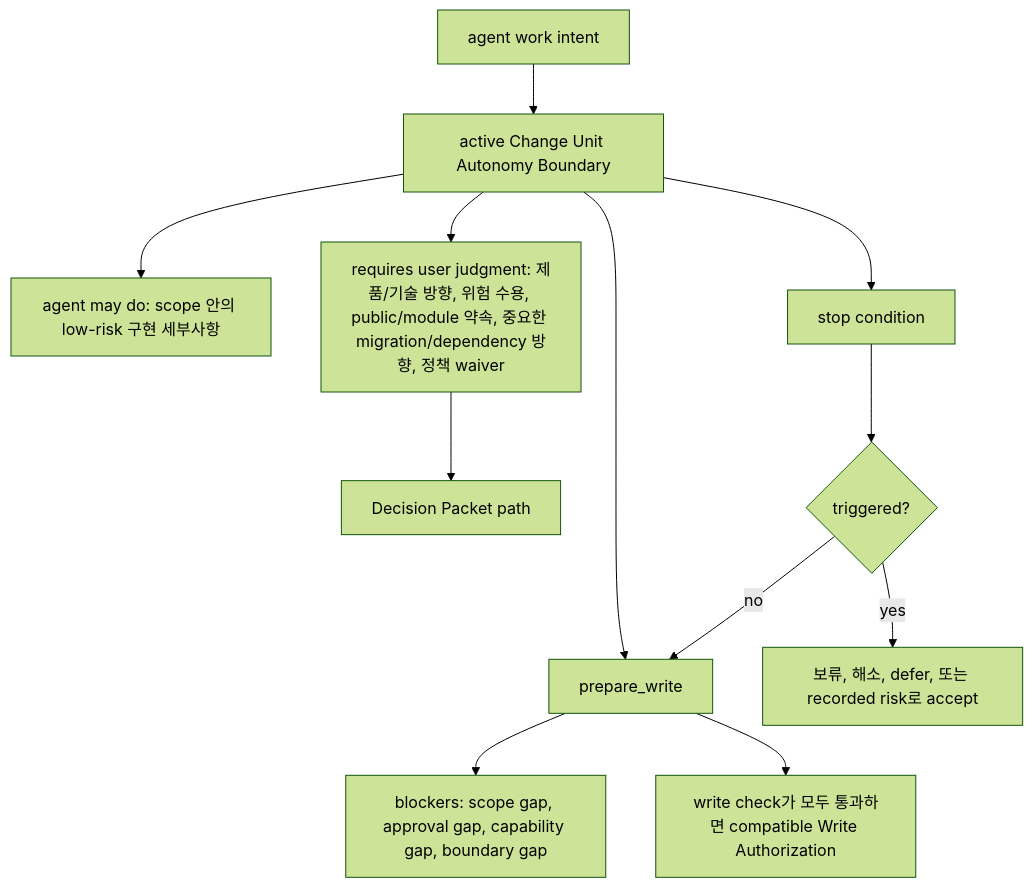
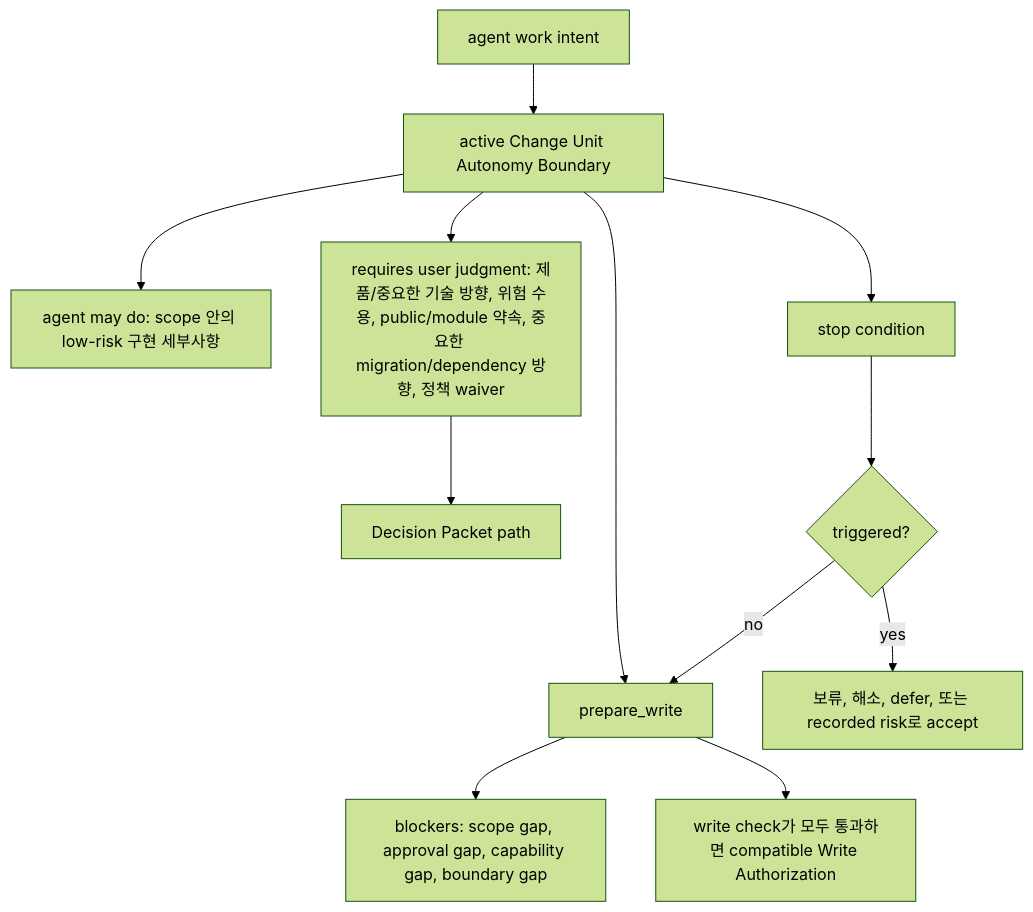
Before and after one commit to minjungw00/Harness_Project: the first of 2 diagrams in docs/ko/reference/design-quality-policies.md, drawn with Mermaid (forest theme). The commit also changed other lines of this file and 24 other files, not shown here.

````diff
--- a/docs/ko/reference/design-quality-policies.md
+++ b/docs/ko/reference/design-quality-policies.md
@@ -183,15 +183,15 @@
 ```mermaid
 flowchart TD
   Intent["agent work intent"] --> Boundary["active Change Unit Autonomy Boundary"]
   Boundary --> MayDo["agent may do: scope 안의 low-risk 구현 세부사항"]
-  Boundary --> UserJudgment["requires user judgment: 제품/기술 방향, 위험 수용, public/module 약속, 중요한 migration/dependency 방향, 정책 waiver"]
+  Boundary --> UserJudgment["requires user judgment: 제품/중요한 기술 방향, 위험 수용, public/module 약속, 중요한 migration/dependency 방향, 정책 waiver"]
   Boundary --> Stops["stop condition"]
   Boundary --> Prepare["prepare_write"]
 
   UserJudgment --> Packet["Decision Packet path"]
   Stops --> StopTriggered{"triggered?"}
   StopTriggered -- yes --> Hold["보류, 해소, defer, 또는 recorded risk로 accept"]
   StopTriggered -- no --> Prepare
   Prepare --> Blockers["blockers: scope gap, approval gap, capability gap, boundary gap"]
   Prepare --> WriteAuth["write check가 모두 통과하면 compatible Write Authorization"]
 ```
````
